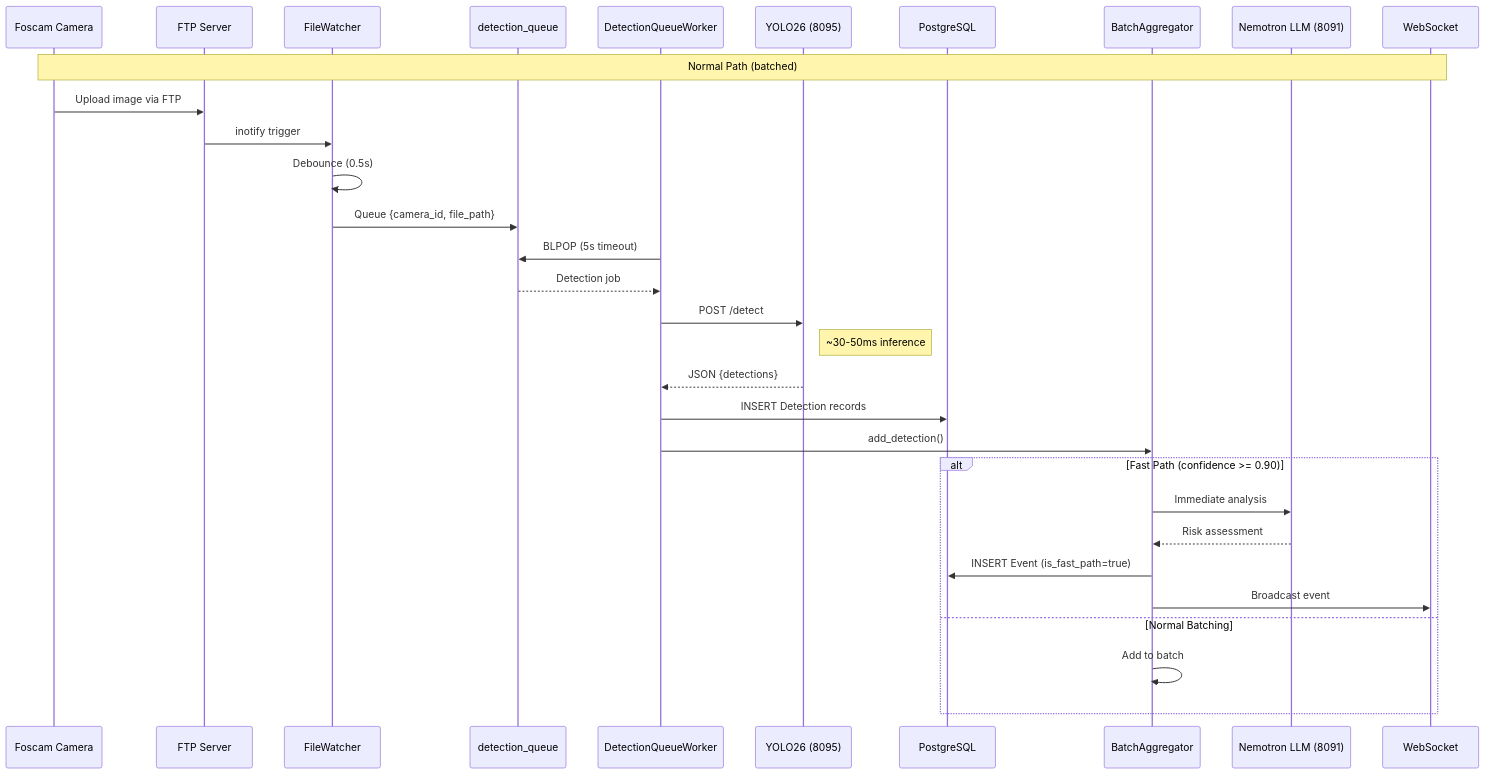
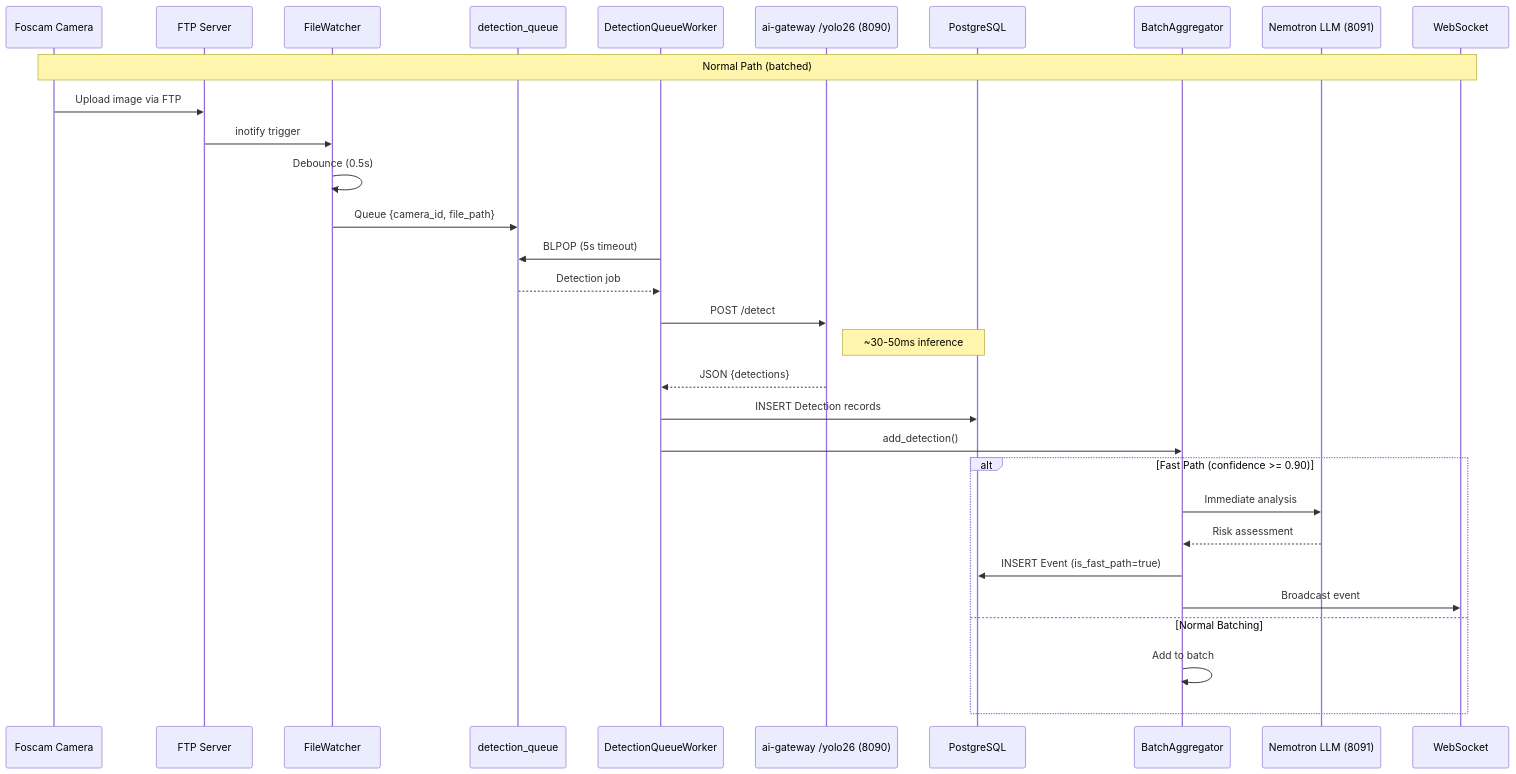
One commit to mikesvoboda/nemotron-v3-home-security-intelligence changed diagram 11 of 13 in docs/style-guides/diagrams.md. Above: the diagram before and after it, drawn with Mermaid. The commit also changed other lines of this file and 313 other files, not shown here.

````diff
--- a/docs/style-guides/diagrams.md
+++ b/docs/style-guides/diagrams.md
@@ -523,38 +518,38 @@
 ```mermaid
 sequenceDiagram
     participant Camera as Foscam Camera
     participant FTP as FTP Server
     participant FW as FileWatcher
     participant DQ as detection_queue
     participant DW as DetectionQueueWorker
-    participant RT as YOLO26 (8095)
+    participant RT as ai-gateway /yolo26 (8090)
     participant DB as PostgreSQL
     participant BA as BatchAggregator
     participant NEM as Nemotron LLM (8091)
     participant WS as WebSocket
 
     Note over Camera,WS: Normal Path (batched)
     Camera->>FTP: Upload image via FTP
     FTP->>FW: inotify trigger
     FW->>FW: Debounce (0.5s)
     FW->>DQ: Queue {camera_id, file_path}
 
     DW->>DQ: BLPOP (5s timeout)
     DQ-->>DW: Detection job
 
     DW->>RT: POST /detect
     Note right of RT: ~30-50ms inference
     RT-->>DW: JSON {detections}
     DW->>DB: INSERT Detection records
 
     DW->>BA: add_detection()
 
     alt Fast Path (confidence >= 0.90)
         BA->>NEM: Immediate analysis
         NEM-->>BA: Risk assessment
         BA->>DB: INSERT Event (is_fast_path=true)
         BA->>WS: Broadcast event
     else Normal Batching
         BA->>BA: Add to batch
     end
 ```
````
